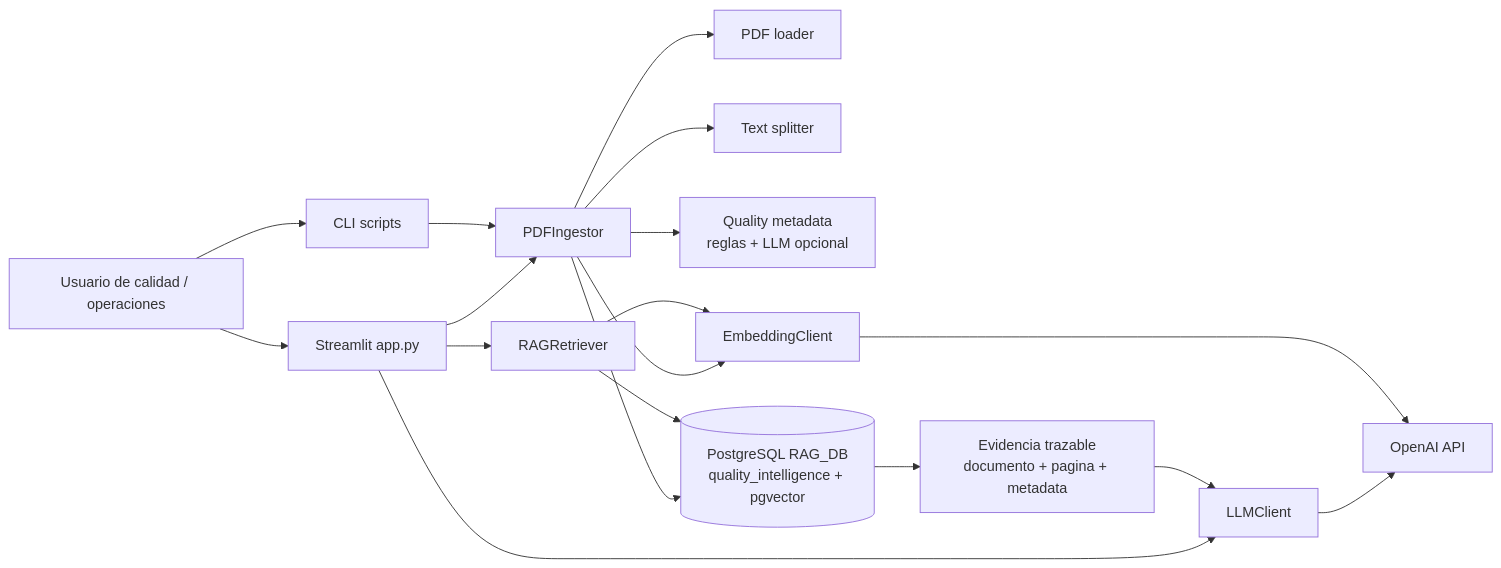
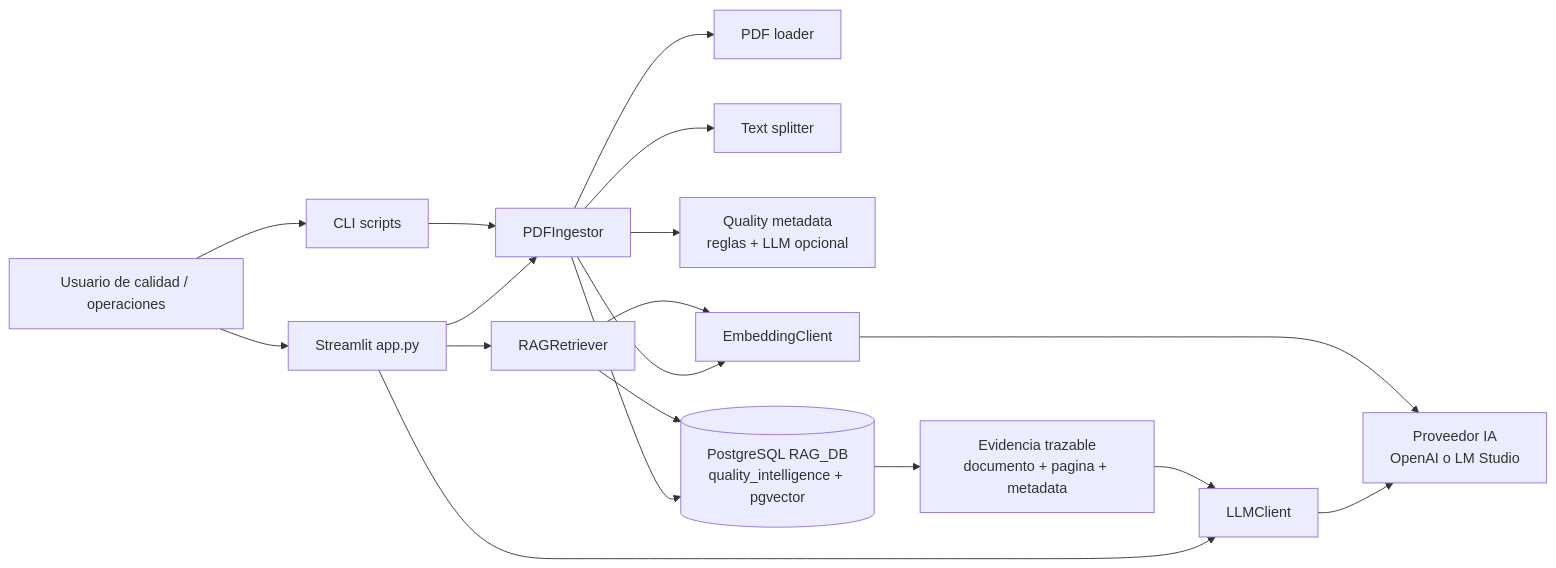
One commit to fjgonzalezmgt/RAG_QA changed the first of 2 diagrams in README.md. Above: the diagram before and after it, drawn with Mermaid. The commit also changed other lines of this file and 11 other files, not shown here.

````diff
--- a/README.md
+++ b/README.md
@@ -215,24 +217,24 @@
 ```mermaid
 flowchart LR
     U["Usuario de calidad / operaciones"] --> ST["Streamlit app.py"]
     U --> CLI["CLI scripts"]
 
     ST --> ING["PDFIngestor"]
     ST --> RET["RAGRetriever"]
     ST --> LLM["LLMClient"]
     CLI --> ING
 
     ING --> PDF["PDF loader"]
     ING --> SPL["Text splitter"]
     ING --> META["Quality metadata<br/>reglas + LLM opcional"]
     ING --> EMB["EmbeddingClient"]
     ING --> PG[("PostgreSQL RAG_DB<br/>quality_intelligence + pgvector")]
 
     RET --> EMB
     RET --> PG
-    LLM --> OAI["OpenAI API"]
+    LLM --> OAI["Proveedor IA<br/>OpenAI o LM Studio"]
     EMB --> OAI
 
     PG --> EV["Evidencia trazable<br/>documento + pagina + metadata"]
     EV --> LLM
 ```
````
